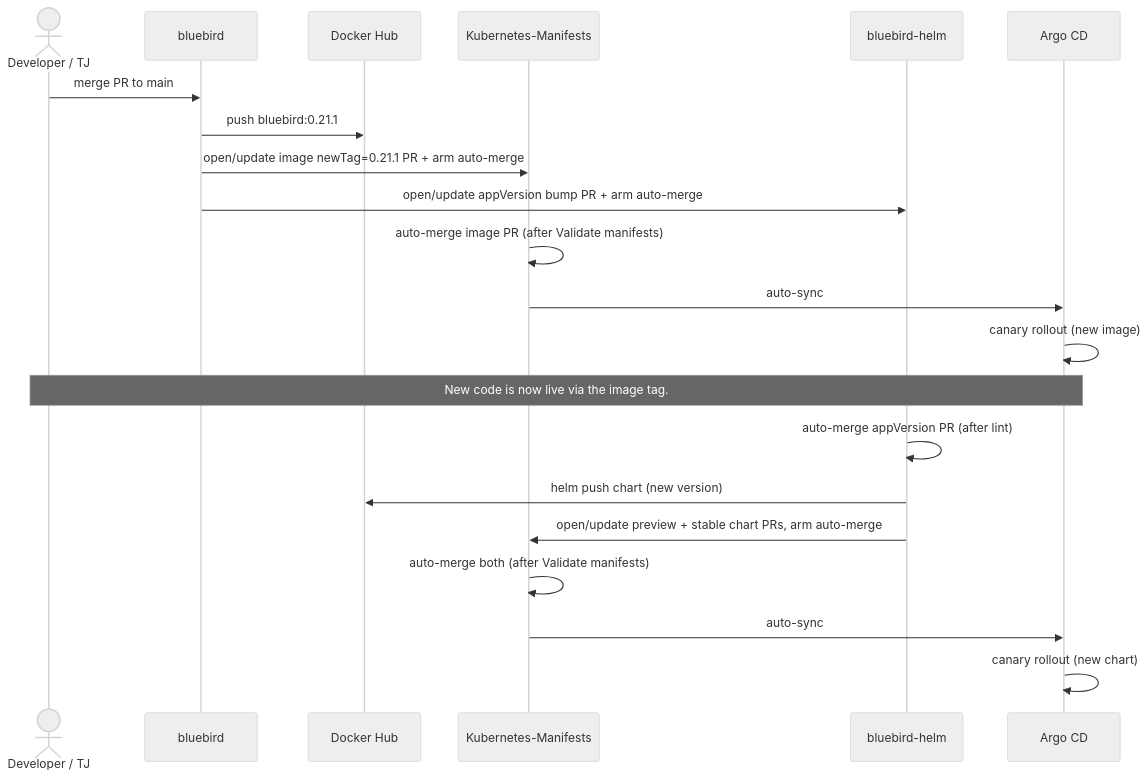
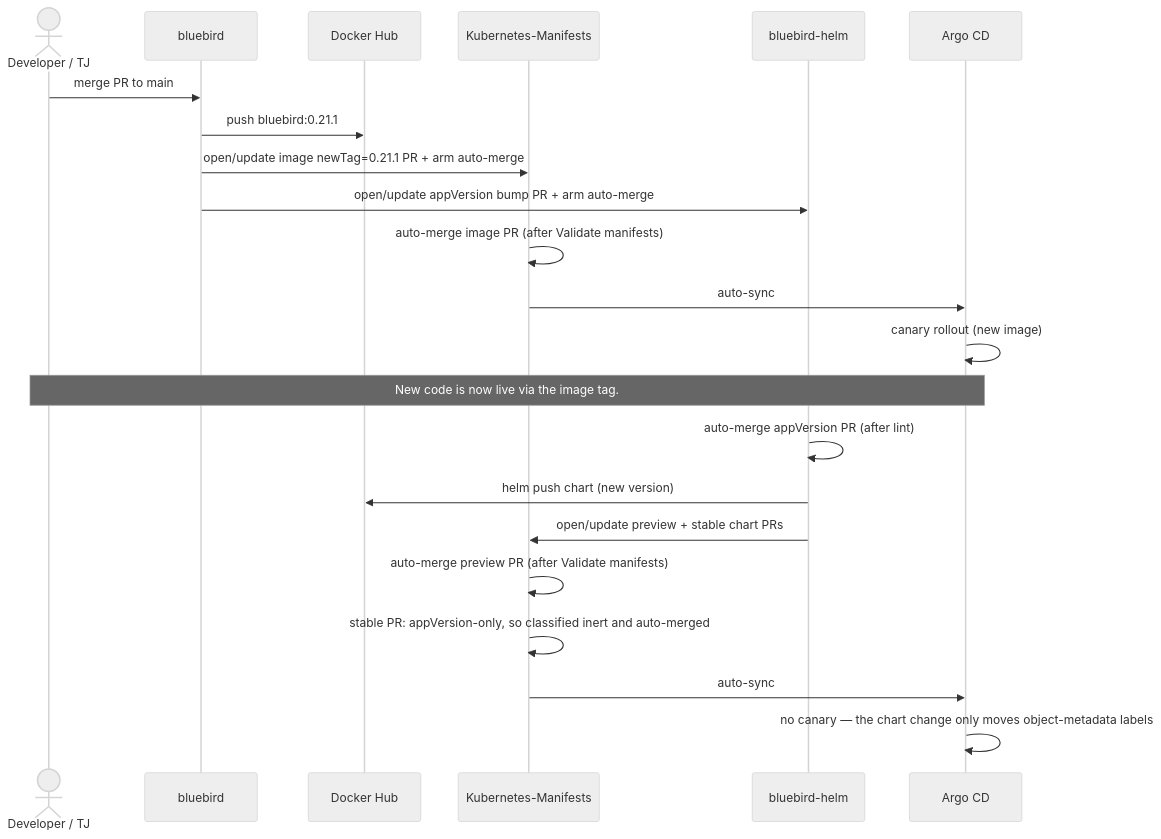
Before and after one commit to zimmertr/bluebird: the sixth of 6 diagrams in docs/CICD.md, drawn with Mermaid (neutral theme). The commit also changed other lines of this file, not shown here.

First line of the commit message:
docs: describe the gated stable chart bump in CICD.md

````diff
--- a/docs/CICD.md
+++ b/docs/CICD.md
@@ -513,24 +580,25 @@
 ```mermaid
 sequenceDiagram
     actor Dev as Developer / TJ
     participant BB as bluebird
     participant DH as Docker Hub
     participant KM as Kubernetes-Manifests
     participant HELM as bluebird-helm
     participant ARGO as Argo CD
 
     Dev->>BB: merge PR to main
     BB->>DH: push bluebird:0.21.1
     BB->>KM: open/update image newTag=0.21.1 PR + arm auto-merge
     BB->>HELM: open/update appVersion bump PR + arm auto-merge
     KM->>KM: auto-merge image PR (after Validate manifests)
     KM->>ARGO: auto-sync
     ARGO->>ARGO: canary rollout (new image)
     Note over Dev,ARGO: New code is now live via the image tag.
     HELM->>HELM: auto-merge appVersion PR (after lint)
     HELM->>DH: helm push chart (new version)
-    HELM->>KM: open/update preview + stable chart PRs, arm auto-merge
-    KM->>KM: auto-merge both (after Validate manifests)
+    HELM->>KM: open/update preview + stable chart PRs
+    KM->>KM: auto-merge preview PR (after Validate manifests)
+    KM->>KM: stable PR: appVersion-only, so classified inert and auto-merged
     KM->>ARGO: auto-sync
-    ARGO->>ARGO: canary rollout (new chart)
+    ARGO->>ARGO: no canary — the chart change only moves object-metadata labels
 ```
````
